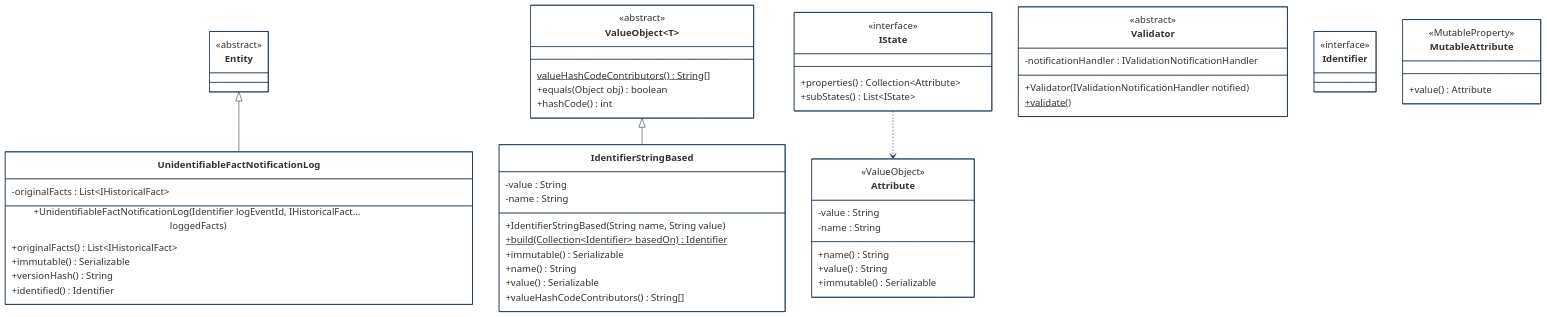
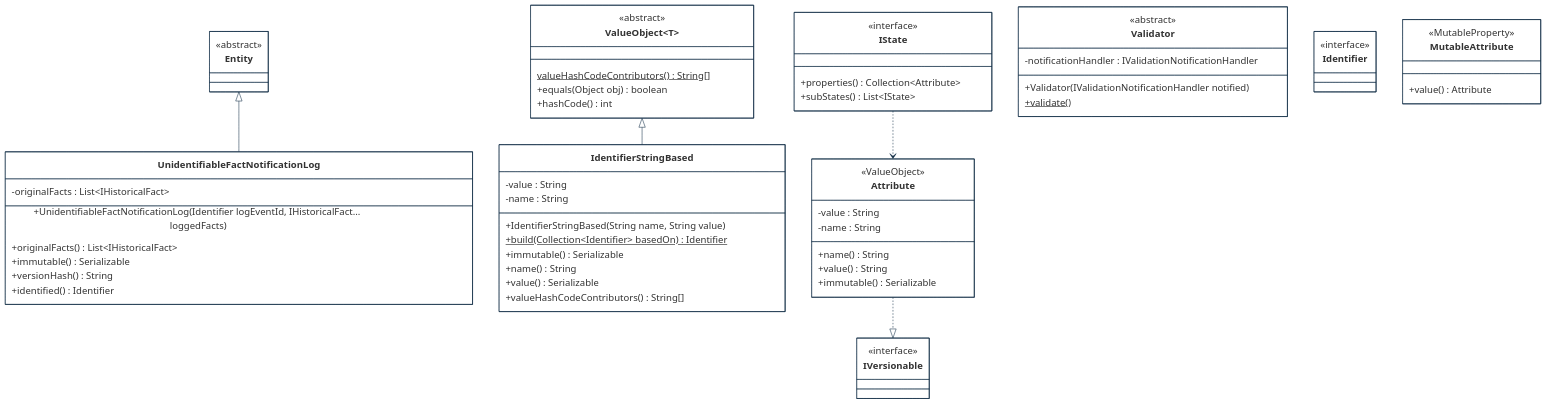
Before and after one commit to cybnity/foundation: the third of 3 diagrams in implementations-line/framework/domain/designview-structure-models.md, drawn with Mermaid. The commit also changed other lines of this file and 14 other files, not shown here.

````diff
--- a/implementations-line/framework/domain/designview-structure-models.md
+++ b/implementations-line/framework/domain/designview-structure-models.md
@@ -189,78 +186,81 @@
 ```mermaid
 %%{
   init: {
     'theme': 'base',
     'themeVariables': {
         'background': '#ffffff',
         'fontFamily': 'arial',
         'fontSize': '18px',
         'primaryColor': '#fff',
         'primaryBorderColor': '#0e2a43',
         'secondaryBorderColor': '#0e2a43',
         'tertiaryBorderColor': '#0e2a43',
         'edgeLabelBackground':'#0e2a43',
         'lineColor': '#0e2a43',
         'tertiaryColor': '#fff'
     }
   }
 }%%
 classDiagram
     Entity <|-- UnidentifiableFactNotificationLog
     ValueObject~T~ <|-- IdentifierStringBased
 	IState ..> Attribute
-
+    Attribute ..|> IVersionable
     class UnidentifiableFactNotificationLog {
         -originalFacts : List~IHistoricalFact~
         +UnidentifiableFactNotificationLog(Identifier logEventId, IHistoricalFact... loggedFacts)
         +originalFacts() List~IHistoricalFact~
         +immutable() Serializable
         +versionHash() String
         +identified() Identifier
     }
     class Entity {
         <<abstract>>
     }
     class Validator {
         <<abstract>>
         -notificationHandler : IValidationNotificationHandler
         +Validator(IValidationNotificationHandler notified)
         +validate()$
     }
     class Identifier {
         <<interface>>
     }
     class IdentifierStringBased {
         -value : String
         -name : String
         +IdentifierStringBased(String name, String value)
         +build(Collection~Identifier~ basedOn)$ Identifier
         +immutable() Serializable
         +name() String
         +value() Serializable
         +valueHashCodeContributors() String[]
     }
     class ValueObject~T~ {
         <<abstract>>
         valueHashCodeContributors()$ String[]
         +equals(Object obj) boolean
         +hashCode() int
     }
+    class IVersionable {
+        <<interface>>
+    }
 	class Attribute {
 		<<ValueObject>>
 		-value : String
 		-name : String
 		+name() String
 		+value() String
 		+immutable() Serializable
 	}
 	class IState {
 		<<interface>>
 		+properties() Collection~Attribute~
 		+subStates() List~IState~
 	}
 	class MutableAttribute {
         <<MutableProperty>>
         +value() Attribute
 	}
 
 ```
````
